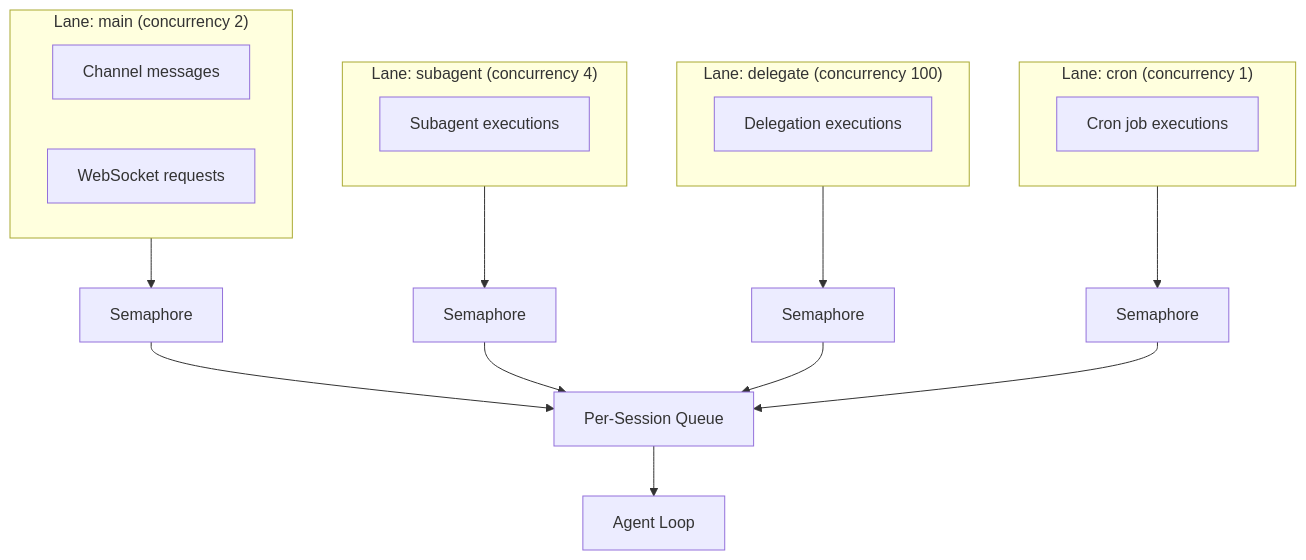
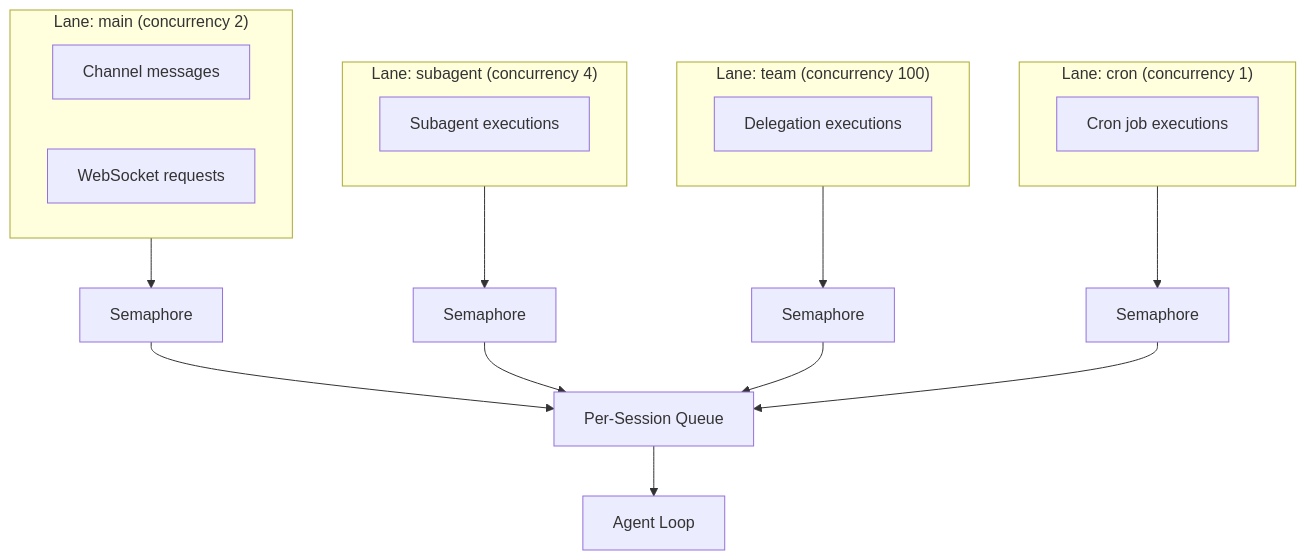
One commit to qkhalk/goclaw changed the fifth of 6 diagrams in docs/00-architecture-overview.md. Above: the diagram before and after it, drawn with Mermaid. The commit also changed other lines of this file and 5 other files, not shown here.

First line of the commit message:
docs: update references for delegate→team/teammate rename

````diff
--- a/docs/00-architecture-overview.md
+++ b/docs/00-architecture-overview.md
@@ -268,31 +268,31 @@
 ```mermaid
 flowchart TD
     subgraph Main["Lane: main (concurrency 2)"]
         M1[Channel messages]
         M2[WebSocket requests]
     end
 
     subgraph Sub["Lane: subagent (concurrency 4)"]
         S1[Subagent executions]
     end
 
-    subgraph Del["Lane: delegate (concurrency 100)"]
+    subgraph Del["Lane: team (concurrency 100)"]
         D1[Delegation executions]
     end
 
     subgraph Cron["Lane: cron (concurrency 1)"]
         C1[Cron job executions]
     end
 
     Main --> SEM1[Semaphore]
     Sub --> SEM2[Semaphore]
     Del --> SEM3[Semaphore]
     Cron --> SEM4[Semaphore]
 
     SEM1 --> Q[Per-Session Queue]
     SEM2 --> Q
     SEM3 --> Q
     SEM4 --> Q
 
     Q --> AGENT[Agent Loop]
 ```
````
